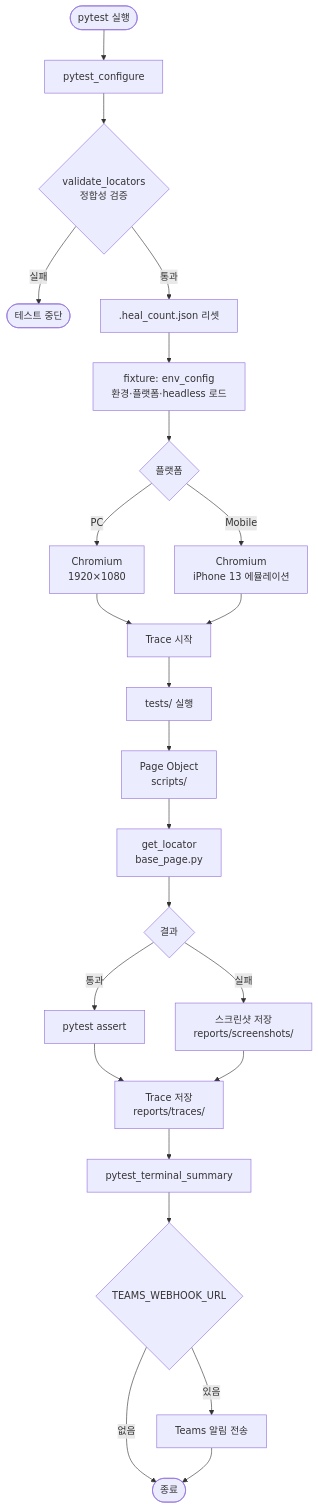
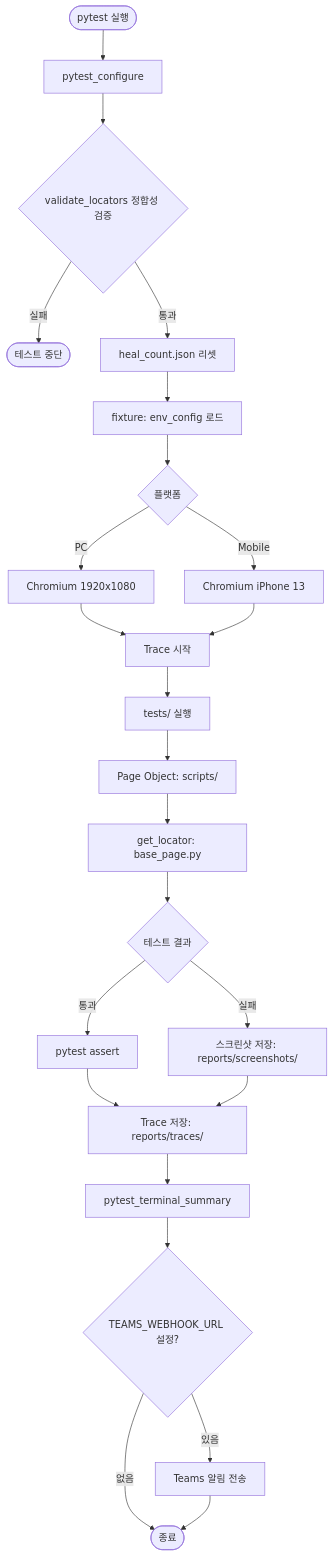
The first of 2 diagrams in README.md (lotusmint06/playwright), drawn with Mermaid before and after one commit. The commit also changed other lines of this file, not shown here.

Commit message:
docs: Mermaid 흐름도 렌더링 오류 수정 (노드 ID 충돌, 줄바꿈 문자 제거)

````diff
--- a/README.md
+++ b/README.md
@@ -29,24 +29,26 @@
 ```mermaid
 flowchart TD
-    A([pytest 실행]) --> B[pytest_configure]
-    B --> C{validate_locators\n정합성 검증}
-    C -- 실패 --> D([테스트 중단])
-    C -- 통과 --> E[.heal_count.json 리셋]
-    E --> F[fixture: env_config\n환경·플랫폼·headless 로드]
-    F --> G{플랫폼}
-    G -- PC --> H[Chromium\n1920×1080]
-    G -- Mobile --> I[Chromium\niPhone 13 에뮬레이션]
-    H & I --> J[Trace 시작]
-    J --> K[tests/ 실행]
-    K --> L[Page Object\nscripts/]
-    L --> M[get_locator\nbase_page.py]
-    M --> N{결과}
-    N -- 통과 --> O[pytest assert]
-    N -- 실패 --> P[스크린샷 저장\nreports/screenshots/]
-    O & P --> Q[Trace 저장\nreports/traces/]
-    Q --> R[pytest_terminal_summary]
-    R --> S{TEAMS_WEBHOOK_URL}
-    S -- 있음 --> T[Teams 알림 전송]
-    S -- 없음 --> U([종료])
-    T --> U
+    start([pytest 실행]) --> configure[pytest_configure]
+    configure --> validate{validate_locators 정합성 검증}
+    validate -- 실패 --> abort([테스트 중단])
+    validate -- 통과 --> healreset[heal_count.json 리셋]
+    healreset --> envfix[fixture: env_config 로드]
+    envfix --> platform{플랫폼}
+    platform -- PC --> pc[Chromium 1920x1080]
+    platform -- Mobile --> mo[Chromium iPhone 13]
+    pc --> tracestart[Trace 시작]
+    mo --> tracestart
+    tracestart --> testrun[tests/ 실행]
+    testrun --> pageobj[Page Object: scripts/]
+    pageobj --> locator[get_locator: base_page.py]
+    locator --> result{테스트 결과}
+    result -- 통과 --> assertion[pytest assert]
+    result -- 실패 --> screenshot[스크린샷 저장: reports/screenshots/]
+    assertion --> traceend[Trace 저장: reports/traces/]
+    screenshot --> traceend
+    traceend --> summary[pytest_terminal_summary]
+    summary --> webhook{TEAMS_WEBHOOK_URL 설정?}
+    webhook -- 있음 --> teams[Teams 알림 전송]
+    webhook -- 없음 --> done([종료])
+    teams --> done
 ```
````
